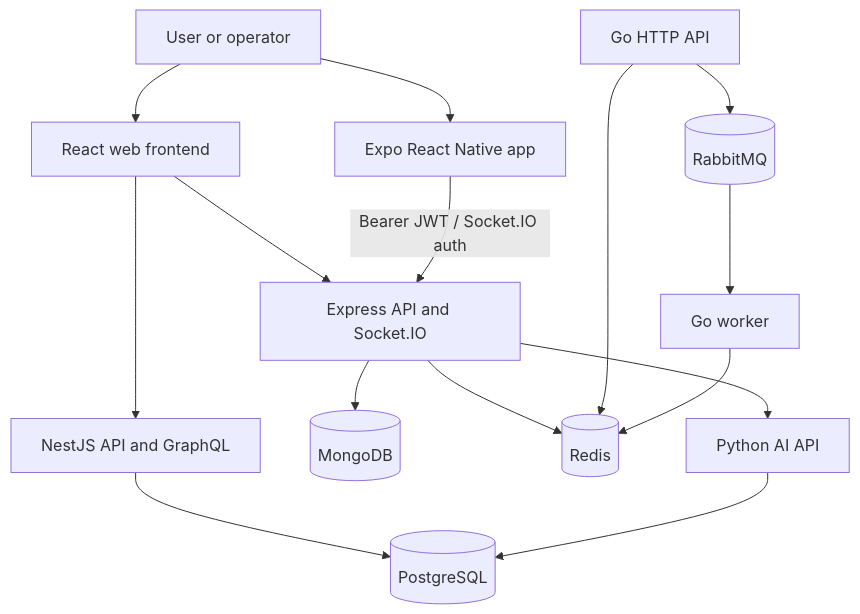
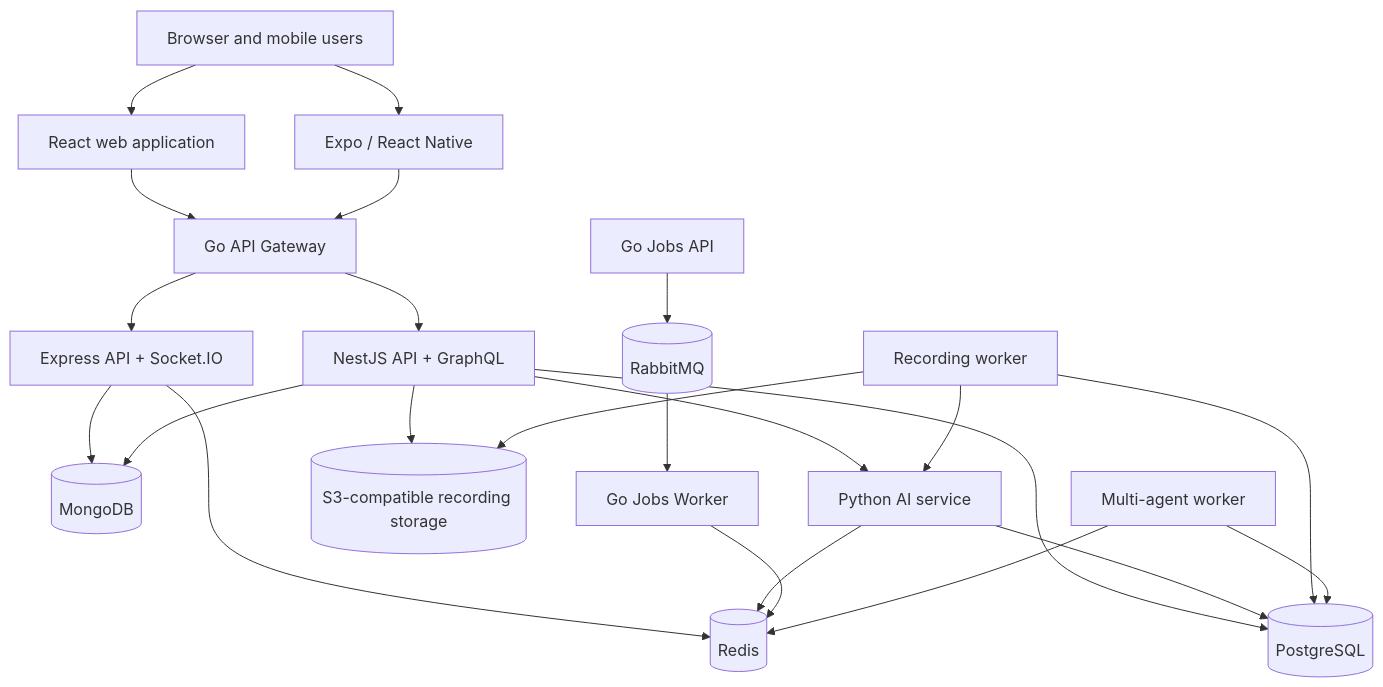
One commit to CLOUDVGR2/Relay-monorepo changed the diagram in README.md. Above: the diagram before and after it, drawn with Mermaid. The commit also changed other lines of this file and 48 other files, not shown here.

````diff
--- a/README.md
+++ b/README.md
@@ -42,17 +25,25 @@
 ```mermaid
 flowchart TB
-    User[User or operator] --> Web[React web frontend]
-    User --> Mobile[Expo React Native app]
-    Web --> Express[Express API and Socket.IO]
-    Mobile -->|Bearer JWT / Socket.IO auth| Express
-    Web --> Nest[NestJS API and GraphQL]
-    Express --> Mongo[(MongoDB)]
-    Express --> Redis[(Redis)]
-    Nest --> PostgreSQL[(PostgreSQL)]
-    Express --> AI[Python AI API]
-    AI --> PostgreSQL
-    GoAPI[Go HTTP API] --> RabbitMQ[(RabbitMQ)]
-    GoAPI --> Redis
-    RabbitMQ --> Worker[Go worker]
-    Worker --> Redis
+  U[Browser and mobile users] --> WEB[React web application]
+  U --> MOB[Expo / React Native]
+  WEB --> GW[Go API Gateway]
+  MOB --> GW
+  GW --> EXP[Express API + Socket.IO]
+  GW --> NEST[NestJS API + GraphQL]
+  EXP --> M[(MongoDB)]
+  EXP --> R[(Redis)]
+  NEST --> PG[(PostgreSQL)]
+  NEST --> M
+  NEST --> AI[Python AI service]
+  AI --> PG
+  AI --> R
+  NEST --> OBJ[(S3-compatible recording storage)]
+  REC[Recording worker] --> PG
+  REC --> OBJ
+  REC --> AI
+  JOBAPI[Go Jobs API] --> MQ[(RabbitMQ)]
+  MQ --> JOBW[Go Jobs Worker]
+  JOBW --> R
+  MA[Multi-agent worker] --> PG
+  MA --> R
 ```
````
